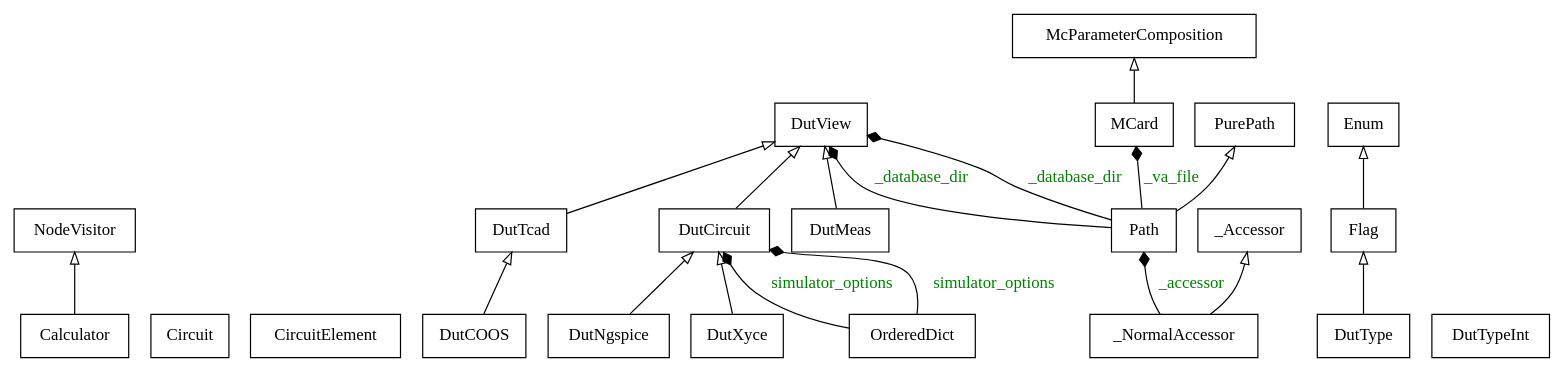
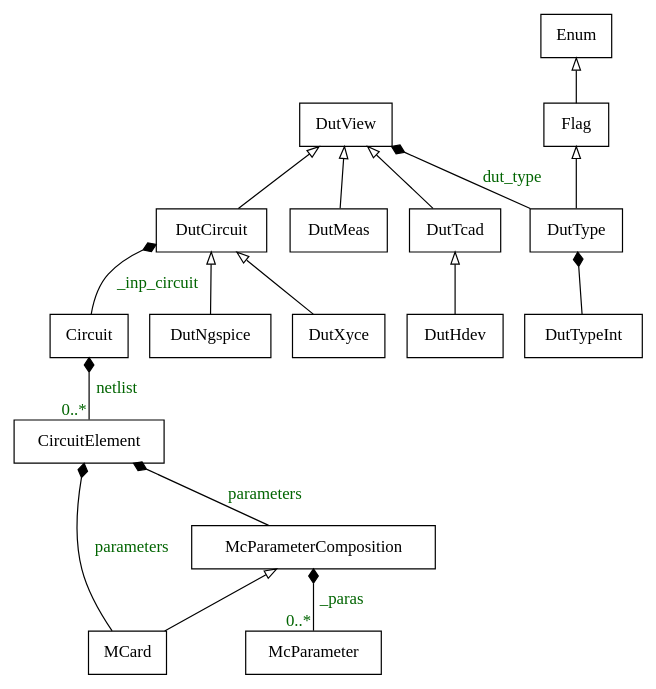
Before and after one commit to semimod/DMT-core: the diagram in doc/source/diagrams/classes_dut.dot, drawn with Graphviz.

Commit message:
rework on DutView class diagram

```diff
--- a/doc/source/diagrams/classes_dut.dot
+++ b/doc/source/diagrams/classes_dut.dot
@@ -1,44 +1,36 @@
 digraph "classes_dut" {
 rankdir=BT
 charset="utf-8"
-"/home/mario/Documents/work/dmt/dmt/DMT_core_pkg/DMT/core/mcard.py.Calculator" [color="black", fontcolor="black", label="Calculator", shape="record", style="solid"];
-"/home/mario/Documents/work/dmt/dmt/DMT_core_pkg/DMT/core/circuit.py.Circuit" [color="black", fontcolor="black", label="Circuit", shape="record", style="solid"];
-"/home/mario/Documents/work/dmt/dmt/DMT_core_pkg/DMT/core/circuit.py.CircuitElement" [color="black", fontcolor="black", label="CircuitElement", shape="record", style="solid"];
-"/home/mario/Documents/work/dmt/dmt/DMT_core_pkg/DMT/COOS/dut_coos.py.DutCOOS" [color="black", fontcolor="black", label="DutCOOS", shape="record", style="solid"];
-"DMT.core.dut_circuit.DutCircuit" [color="black", fontcolor="black", label="DutCircuit", shape="record", style="solid"];
-"/home/mario/Documents/work/dmt/dmt/DMT_core_pkg/DMT/core/dut_meas.py.DutMeas" [color="black", fontcolor="black", label="DutMeas", shape="record", style="solid"];
-"/home/mario/Documents/work/dmt/dmt/DMT_core_pkg/DMT/ngspice/dut_ngspice.py.DutNgspice" [color="black", fontcolor="black", label="DutNgspice", shape="record", style="solid"];
-"DMT.core.dut_tcad.DutTcad" [color="black", fontcolor="black", label="DutTcad", shape="record", style="solid"];
-"/home/mario/Documents/work/dmt/dmt/DMT_core_pkg/DMT/core/dut_type.py.DutType" [color="black", fontcolor="black", label="DutType", shape="record", style="solid"];
-"/home/mario/Documents/work/dmt/dmt/DMT_core_pkg/DMT/core/dut_type.py.DutTypeInt" [color="black", fontcolor="black", label="DutTypeInt", shape="record", style="solid"];
-"DMT.core.dut_view.DutView" [color="black", fontcolor="black", label="DutView", shape="record", style="solid"];
-"/home/mario/Documents/work/dmt/dmt/DMT_core_pkg/DMT/xyce/dut_xyce.py.DutXyce" [color="black", fontcolor="black", label="DutXyce", shape="record", style="solid"];
+"DMT.core.circuit.Circuit" [color="black", fontcolor="black", label="Circuit", shape="record", style="solid"];
+"DMT.core.circuit.CircuitElement" [color="black", fontcolor="black", label="CircuitElement", shape="record", style="solid"];
+"DMT.Hdev.DutHdev" [color="black", fontcolor="black", label="DutHdev", shape="record", style="solid"];
+"DMT.core.DutCircuit" [color="black", fontcolor="black", label="DutCircuit", shape="record", style="solid"];
+"DMT.core.DutMeas" [color="black", fontcolor="black", label="DutMeas", shape="record", style="solid"];
+"DMT.ngspice.DutNgspice" [color="black", fontcolor="black", label="DutNgspice", shape="record", style="solid"];
+"DMT.core.DutTcad" [color="black", fontcolor="black", label="DutTcad", shape="record", style="solid"];
+"DMT.core.DutType" [color="black", fontcolor="black", label="DutType", shape="record", style="solid"];
+"DMT.core.dut_type.DutTypeInt" [color="black", fontcolor="black", label="DutTypeInt", shape="record", style="solid"];
+"DMT.core.DutView" [color="black", fontcolor="black", label="DutView", shape="record", style="solid"];
+"DMT.xyce.DutXyce" [color="black", fontcolor="black", label="DutXyce", shape="record", style="solid"];
 "enum.Enum" [color="black", fontcolor="black", label="Enum", shape="record", style="solid"];
 "enum.Flag" [color="black", fontcolor="black", label="Flag", shape="record", style="solid"];
-"/home/mario/Documents/work/dmt/dmt/DMT_core_pkg/DMT/core/mcard.py.MCard" [color="black", fontcolor="black", label="MCard", shape="record", style="solid"];
+"DMT.core.MCard" [color="black", fontcolor="black", label="MCard", shape="record", style="solid"];
 "DMT.core.mc_parameter.McParameterComposition" [color="black", fontcolor="black", label="McParameterComposition", shape="record", style="solid"];
-"ast.NodeVisitor" [color="black", fontcolor="black", label="NodeVisitor", shape="record", style="solid"];
-"collections.OrderedDict" [color="black", fontcolor="black", label="OrderedDict", shape="record", style="solid"];
-"pathlib.Path" [color="black", fontcolor="black", label="Path", shape="record", style="solid"];
-"pathlib.PurePath" [color="black", fontcolor="black", label="PurePath", shape="record", style="solid"];
-"pathlib._Accessor" [color="black", fontcolor="black", label="_Accessor", shape="record", style="solid"];
-"pathlib._NormalAccessor" [color="black", fontcolor="black", label="_NormalAccessor", shape="record", style="solid"];
-"/home/mario/Documents/work/dmt/dmt/DMT_core_pkg/DMT/COOS/dut_coos.py.DutCOOS" -> "DMT.core.dut_tcad.DutTcad" [arrowhead="empty", arrowtail="none"];
-"/home/mario/Documents/work/dmt/dmt/DMT_core_pkg/DMT/core/dut_meas.py.DutMeas" -> "DMT.core.dut_view.DutView" [arrowhead="empty", arrowtail="none"];
-"/home/mario/Documents/work/dmt/dmt/DMT_core_pkg/DMT/core/dut_type.py.DutType" -> "enum.Flag" [arrowhead="empty", arrowtail="none"];
-"/home/mario/Documents/work/dmt/dmt/DMT_core_pkg/DMT/core/mcard.py.Calculator" -> "ast.NodeVisitor" [arrowhead="empty", arrowtail="none"];
-"/home/mario/Documents/work/dmt/dmt/DMT_core_pkg/DMT/core/mcard.py.MCard" -> "DMT.core.mc_parameter.McParameterComposition" [arrowhead="empty", arrowtail="none"];
-"/home/mario/Documents/work/dmt/dmt/DMT_core_pkg/DMT/ngspice/dut_ngspice.py.DutNgspice" -> "DMT.core.dut_circuit.DutCircuit" [arrowhead="empty", arrowtail="none"];
-"/home/mario/Documents/work/dmt/dmt/DMT_core_pkg/DMT/xyce/dut_xyce.py.DutXyce" -> "DMT.core.dut_circuit.DutCircuit" [arrowhead="empty", arrowtail="none"];
-"DMT.core.dut_circuit.DutCircuit" -> "DMT.core.dut_view.DutView" [arrowhead="empty", arrowtail="none"];
-"DMT.core.dut_tcad.DutTcad" -> "DMT.core.dut_view.DutView" [arrowhead="empty", arrowtail="none"];
+"DMT.core.mc_parameter.McParameter" [color="black", fontcolor="black", label="McParameter", shape="record", style="solid"];
+"DMT.Hdev.DutHdev" -> "DMT.core.DutTcad" [arrowhead="empty", arrowtail="none"];
+"DMT.core.DutMeas" -> "DMT.core.DutView" [arrowhead="empty", arrowtail="none"];
+"DMT.core.DutType" -> "enum.Flag" [arrowhead="empty", arrowtail="none"];
+"DMT.core.MCard" -> "DMT.core.mc_parameter.McParameterComposition" [arrowhead="empty", arrowtail="none"];
+"DMT.ngspice.DutNgspice" -> "DMT.core.DutCircuit" [arrowhead="empty", arrowtail="none"];
+"DMT.xyce.DutXyce" -> "DMT.core.DutCircuit" [arrowhead="empty", arrowtail="none"];
+"DMT.core.DutCircuit" -> "DMT.core.DutView" [arrowhead="empty", arrowtail="none"];
+"DMT.core.DutTcad" -> "DMT.core.DutView" [arrowhead="empty", arrowtail="none"];
 "enum.Flag" -> "enum.Enum" [arrowhead="empty", arrowtail="none"];
-"pathlib.Path" -> "pathlib.PurePath" [arrowhead="empty", arrowtail="none"];
-"pathlib._NormalAccessor" -> "pathlib._Accessor" [arrowhead="empty", arrowtail="none"];
-"collections.OrderedDict" -> "DMT.core.dut_circuit.DutCircuit" [arrowhead="diamond", arrowtail="none", fontcolor="green", label="simulator_options", style="solid"];
-"collections.OrderedDict" -> "DMT.core.dut_circuit.DutCircuit" [arrowhead="diamond", arrowtail="none", fontcolor="green", label="simulator_options", style="solid"];
-"pathlib.Path" -> "/home/mario/Documents/work/dmt/dmt/DMT_core_pkg/DMT/core/mcard.py.MCard" [arrowhead="diamond", arrowtail="none", fontcolor="green", label="_va_file", style="solid"];
-"pathlib.Path" -> "DMT.core.dut_view.DutView" [arrowhead="diamond", arrowtail="none", fontcolor="green", label="_database_dir", style="solid"];
-"pathlib.Path" -> "DMT.core.dut_view.DutView" [arrowhead="diamond", arrowtail="none", fontcolor="green", label="_database_dir", style="solid"];
-"pathlib._NormalAccessor" -> "pathlib.Path" [arrowhead="diamond", arrowtail="none", fontcolor="green", label="_accessor", style="solid"];
+"DMT.core.dut_type.DutTypeInt"  -> "DMT.core.DutType" [arrowhead="diamond", arrowtail="none", fontcolor="darkgreen", style="solid"];
+"DMT.core.MCard"  -> "DMT.core.circuit.CircuitElement" [arrowhead="diamond", arrowtail="none", fontcolor="darkgreen", label="parameters", style="solid"];
+"DMT.core.mc_parameter.McParameterComposition"  -> "DMT.core.circuit.CircuitElement" [arrowhead="diamond", arrowtail="none", fontcolor="darkgreen", label="parameters", style="solid"];
+"DMT.core.mc_parameter.McParameter"  -> "DMT.core.mc_parameter.McParameterComposition" [arrowhead="diamond", arrowtail="none", fontcolor="darkgreen", label="_paras", style="solid", taillabel="0..*"];
+"DMT.core.circuit.CircuitElement"  -> "DMT.core.circuit.Circuit" [arrowhead="diamond", arrowtail="none", fontcolor="darkgreen", label="netlist", style="solid", taillabel="0..*"];
+"DMT.core.DutType"  -> "DMT.core.DutView" [arrowhead="diamond", arrowtail="none", fontcolor="darkgreen", label="dut_type", style="solid"];
+"DMT.core.circuit.Circuit"  -> "DMT.core.DutCircuit" [arrowhead="diamond", arrowtail="none", fontcolor="darkgreen", label="_inp_circuit", style="solid"];
 }
```
